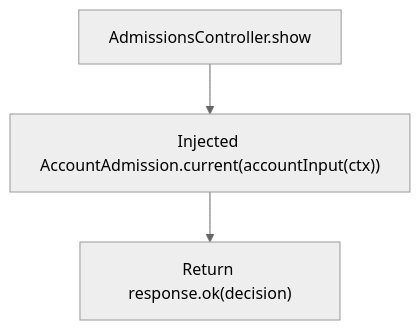
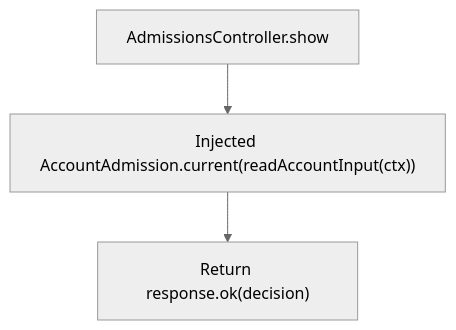
Before and after one commit to Kevinjohn/oss-adonisjs-starter-examples: the second of 2 diagrams in user-stories/api/us-api-14-read-admission.md, drawn with Mermaid (neutral theme). The commit also changed other lines of this file and 27 other files, not shown here.

````diff
--- a/user-stories/api/us-api-14-read-admission.md
+++ b/user-stories/api/us-api-14-read-admission.md
@@ -31,5 +31,5 @@
 ```mermaid
 flowchart TD
-    A["AdmissionsController.show"] --> B["Injected AccountAdmission.current(accountInput(ctx))"]
+    A["AdmissionsController.show"] --> B["Injected AccountAdmission.current(readAccountInput(ctx))"]
     B --> C["Return response.ok(decision)"]
 ```
````
